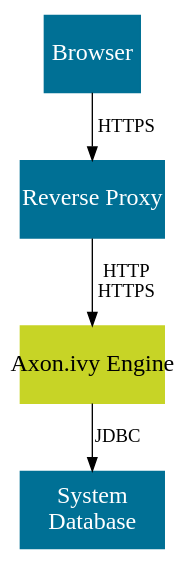
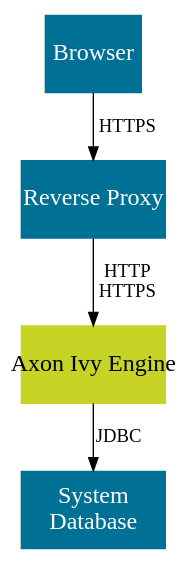
One commit to bernhardAxonIvy/doc changed the diagram in source/engine-guide/security/overview.dot. Above: the diagram before and after it, drawn with Graphviz. The commit also changed 162 other files, not shown here.

Commit message:
XIVY-5540 Rebrand javadoc, doc and techdoc with Axon Ivy

```diff
--- a/source/engine-guide/security/overview.dot
+++ b/source/engine-guide/security/overview.dot
@@ -1,24 +1,24 @@
 
 digraph overview {
   node [
     shape=box, 
     style=filled,
     margin=0 width=2 height=0.8
     fontcolor="white",    
     color="#007095",
     fixedsize=true,
     fontsize=18
   ];
 
   browser [ label="Browser", pos = "0,2.5!", width=1];
 
   reverseproxy [ label="Reverse Proxy",pos = "2.25,2.5!" width="1.5"]; 
   
-  engine [label="Axon.ivy Engine", pos="5.4,2.5!", height="0.8", width="1.5", color="#C7D426", fontcolor="black"];
+  engine [label="Axon Ivy Engine", pos="5.4,2.5!", height="0.8", width="1.5", color="#C7D426", fontcolor="black"];
     
   systemdb [ label="System\nDatabase", pos="8,2.5!" width="1.5" height="0.8"]
 
   browser -> reverseproxy [ label="HTTPS"];
   reverseproxy -> engine [ label="HTTP\nHTTPS" ];  
   engine -> systemdb [ label="JDBC" ];
 }
```
